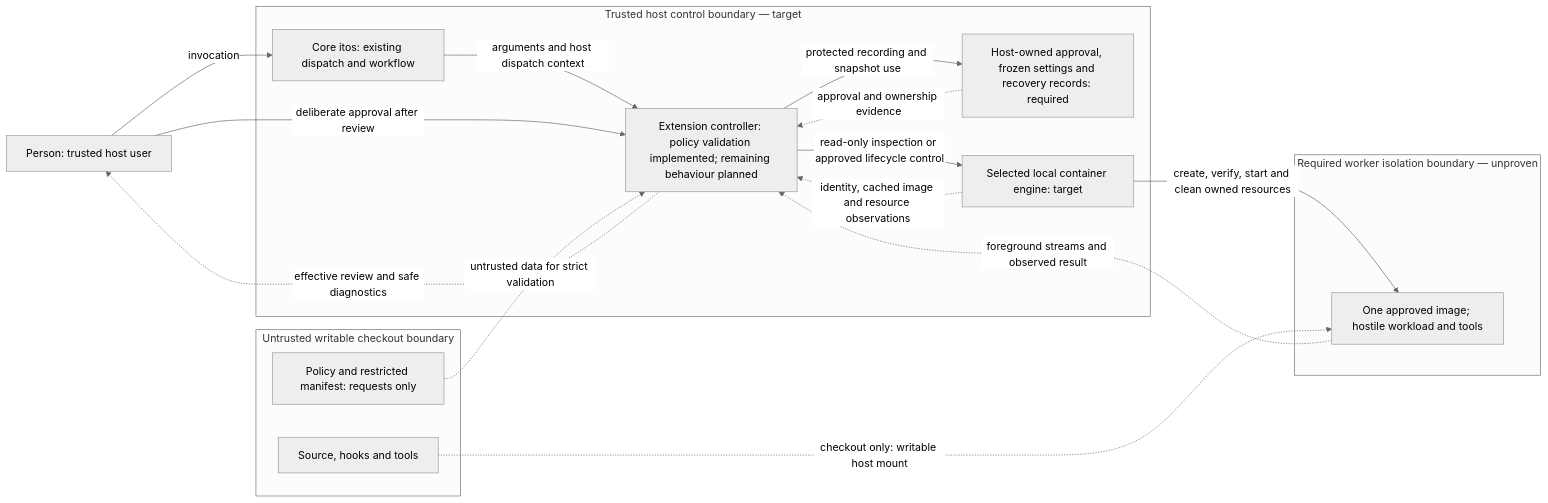
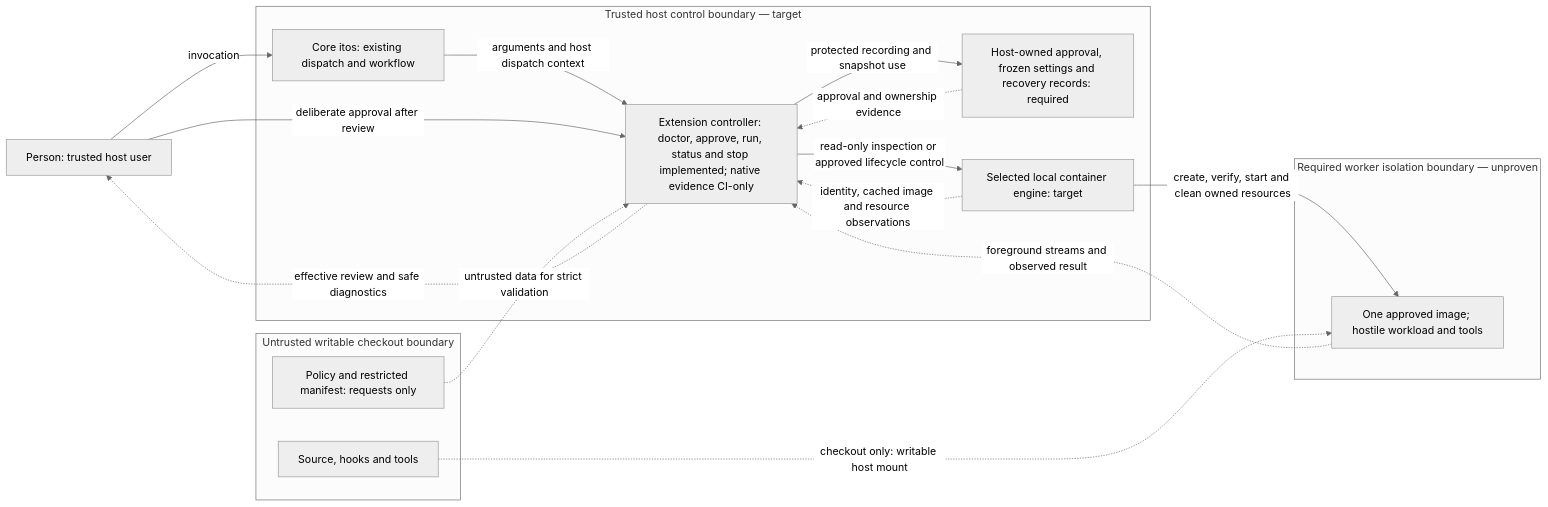
Before and after one commit to donvargax/itos-container: the first of 2 diagrams in docs/architecture/arc42.md, drawn with Mermaid (neutral theme). The commit also changed other lines of this file and 3 other files, not shown here.

````diff
--- a/docs/architecture/arc42.md
+++ b/docs/architecture/arc42.md
@@ -141,29 +141,29 @@
 ```mermaid
 flowchart LR
     person["Person: trusted host user"]
     subgraph host["Trusted host control boundary — target"]
         core["Core itos: existing dispatch and workflow"]
-        controller["Extension controller: policy validation implemented; remaining behaviour planned"]
+        controller["Extension controller: doctor, approve, run, status and stop implemented; native evidence CI-only"]
         records["Host-owned approval, frozen settings and recovery records: required"]
         engine["Selected local container engine: target"]
     end
     subgraph checkout["Untrusted writable checkout boundary"]
         requests["Policy and restricted manifest: requests only"]
         files["Source, hooks and tools"]
     end
     subgraph sandbox["Required worker isolation boundary — unproven"]
         worker["One approved image; hostile workload and tools"]
     end
     person -->|invocation| core
     core -->|arguments and host dispatch context| controller
     person -->|deliberate approval after review| controller
     requests -.->|untrusted data for strict validation| controller
     controller -.->|effective review and safe diagnostics| person
     controller -->|protected recording and snapshot use| records
     records -.->|approval and ownership evidence| controller
     controller -->|read-only inspection or approved lifecycle control| engine
     engine -.->|identity, cached image and resource observations| controller
     engine -->|create, verify, start and clean owned resources| worker
     files -.->|checkout only: writable host mount| worker
     worker -.->|foreground streams and observed result| controller
 ```
````
